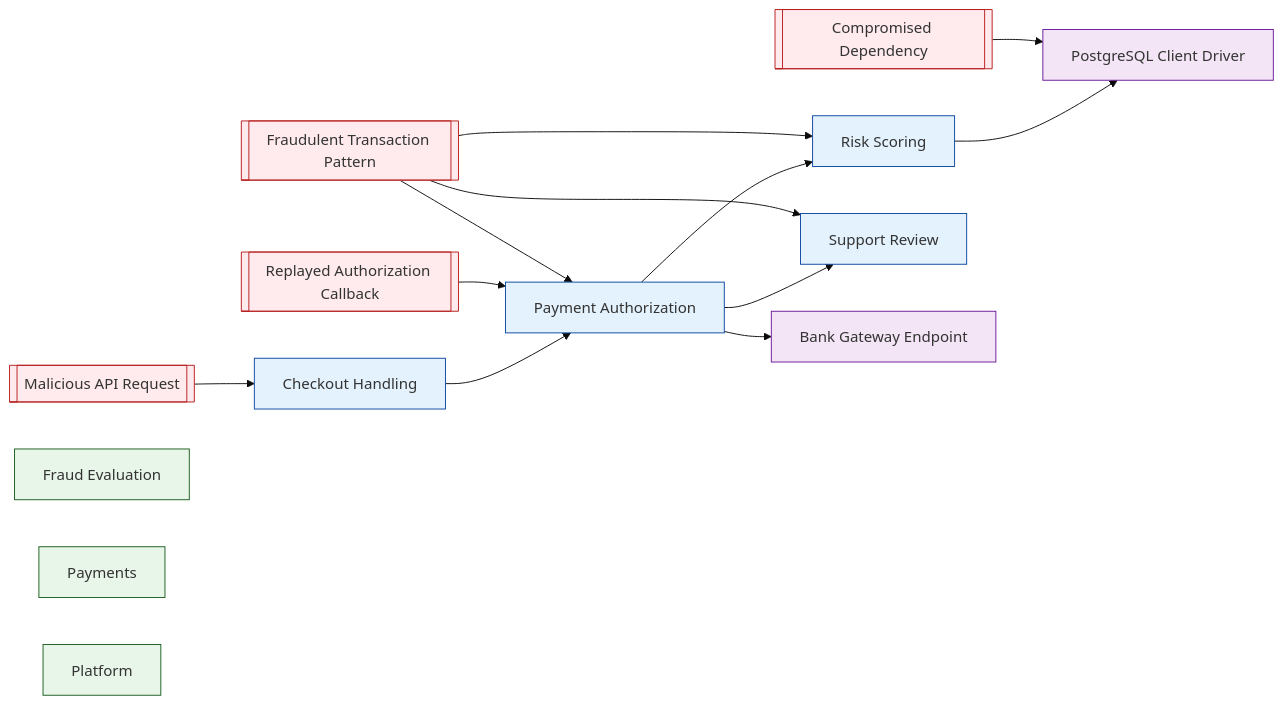
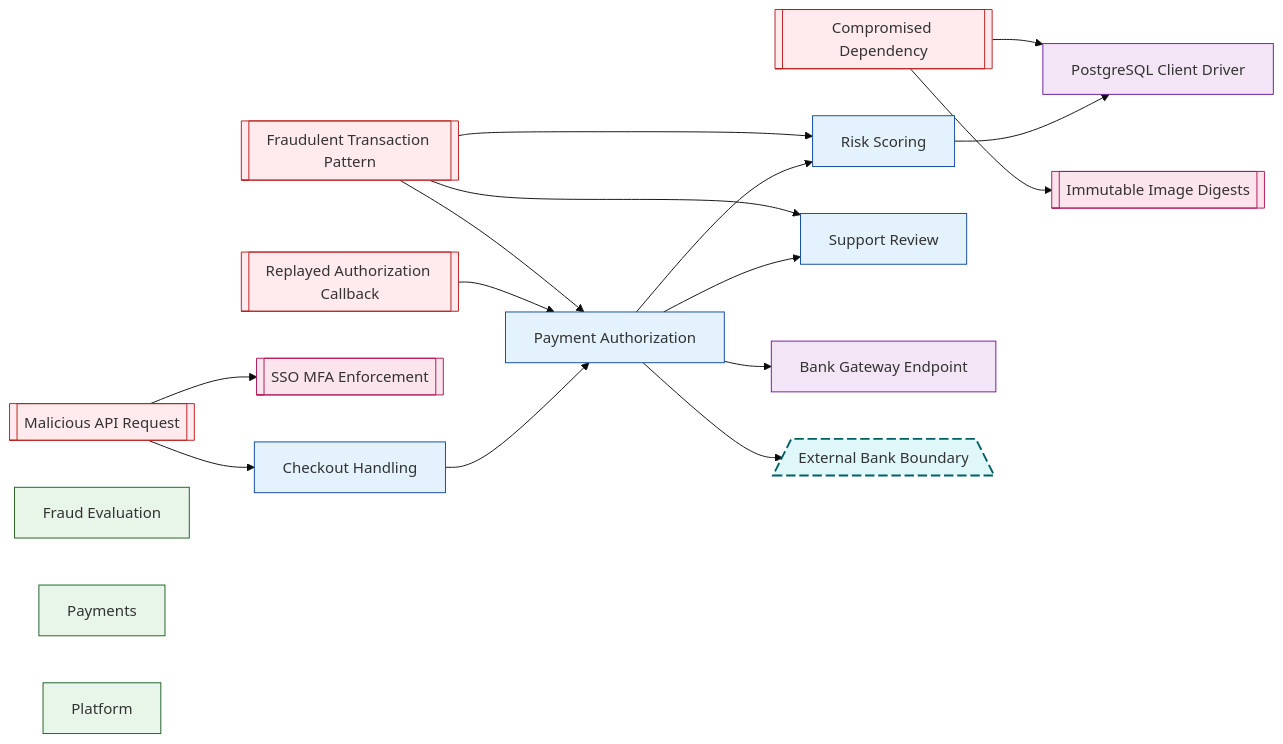
One commit to labeth/engineering-model-go changed the diagram in examples/payments-engineering-sample/generated/VIEW-SECURITY.mmd. Above: the diagram before and after it, drawn with Mermaid (base theme). The commit also changed 66 other files, not shown here.

```diff
--- a/examples/payments-engineering-sample/generated/VIEW-SECURITY.mmd
+++ b/examples/payments-engineering-sample/generated/VIEW-SECURITY.mmd
@@ -1,41 +1,47 @@
 flowchart LR
 %% view: VIEW-SECURITY (security)
 N_AV_COMPROMISED_DEPENDENCY[["Compromised Dependency"]]:::attack_vector
 N_AV_FRAUDULENT_TRANSACTION_PATTERN[["Fraudulent Transaction Pattern"]]:::attack_vector
 N_AV_MALICIOUS_API_REQUEST[["Malicious API Request"]]:::attack_vector
 N_AV_REPLAYED_AUTH_CALLBACK[["Replayed Authorization Callback"]]:::attack_vector
+N_CTRL_PAYMENTS_IMAGE_DIGEST[["Immutable Image Digests"]]:::control
+N_CTRL_PAYMENTS_SSO_MFA[["SSO MFA Enforcement"]]:::control
 N_FG_FRAUD["Fraud Evaluation"]:::functional_group
 N_FG_PAYMENTS["Payments"]:::functional_group
 N_FG_PLATFORM["Platform"]:::functional_group
 N_FU_CHECKOUT["Checkout Handling"]:::functional_unit
 N_FU_PAYMENT_AUTHORIZATION["Payment Authorization"]:::functional_unit
 N_FU_RISK_SCORING["Risk Scoring"]:::functional_unit
 N_FU_SUPPORT_REVIEW["Support Review"]:::functional_unit
 N_REF_BANK_GATEWAY_ENDPOINT["Bank Gateway Endpoint"]:::referenced_element
 N_REF_POSTGRES_DRIVER["PostgreSQL Client Driver"]:::referenced_element
+N_TB_PAYMENTS_EXTERNAL_BANK[/"External Bank Boundary"\]:::trust_boundary
+N_AV_COMPROMISED_DEPENDENCY --> N_CTRL_PAYMENTS_IMAGE_DIGEST
 N_AV_COMPROMISED_DEPENDENCY --> N_REF_POSTGRES_DRIVER
 N_AV_FRAUDULENT_TRANSACTION_PATTERN --> N_FU_PAYMENT_AUTHORIZATION
 N_AV_FRAUDULENT_TRANSACTION_PATTERN --> N_FU_RISK_SCORING
 N_AV_FRAUDULENT_TRANSACTION_PATTERN --> N_FU_SUPPORT_REVIEW
+N_AV_MALICIOUS_API_REQUEST --> N_CTRL_PAYMENTS_SSO_MFA
 N_AV_MALICIOUS_API_REQUEST --> N_FU_CHECKOUT
 N_AV_REPLAYED_AUTH_CALLBACK --> N_FU_PAYMENT_AUTHORIZATION
 N_FU_CHECKOUT --> N_FU_PAYMENT_AUTHORIZATION
 N_FU_PAYMENT_AUTHORIZATION --> N_FU_RISK_SCORING
 N_FU_PAYMENT_AUTHORIZATION --> N_FU_SUPPORT_REVIEW
 N_FU_PAYMENT_AUTHORIZATION --> N_REF_BANK_GATEWAY_ENDPOINT
+N_FU_PAYMENT_AUTHORIZATION --> N_TB_PAYMENTS_EXTERNAL_BANK
 N_FU_RISK_SCORING --> N_REF_POSTGRES_DRIVER
 classDef functional_group fill:#e8f5e9,stroke:#1b5e20,stroke-width:1px;
 classDef functional_unit fill:#e3f2fd,stroke:#0d47a1,stroke-width:1px;
 classDef actor fill:#fff8e1,stroke:#ef6c00,stroke-width:1px;
 classDef attack_vector fill:#ffebee,stroke:#b71c1c,stroke-width:1px;
 classDef referenced_element fill:#f3e5f5,stroke:#6a1b9a,stroke-width:1px;
-classDef interface fill:#e8f5e9,stroke:#2e7d32,stroke-width:1px;
-classDef data_object fill:#fff3e0,stroke:#ef6c00,stroke-width:1px;
+classDef interface fill:#e8f5e9,stroke:#2e7d32,stroke-width:2px,stroke-dasharray: 6 3;
+classDef data_object fill:#fff3e0,stroke:#ef6c00,stroke-width:2px,stroke-dasharray: 2 2;
 classDef deployment_target fill:#ede7f6,stroke:#5e35b1,stroke-width:1px;
 classDef control fill:#fce4ec,stroke:#ad1457,stroke-width:1px;
-classDef trust_boundary fill:#e0f7fa,stroke:#006064,stroke-width:1px;
+classDef trust_boundary fill:#e0f7fa,stroke:#006064,stroke-width:2px,stroke-dasharray: 10 4;
 classDef state fill:#e1f5fe,stroke:#0277bd,stroke-width:1px;
 classDef event fill:#fffde7,stroke:#f9a825,stroke-width:1px;
-classDef flow fill:#ede7f6,stroke:#4527a0,stroke-width:1px;
-classDef flow_step fill:#f1f8e9,stroke:#33691e,stroke-width:1px;
+classDef flow fill:#ede7f6,stroke:#4527a0,stroke-width:2px;
+classDef flow_step fill:#f1f8e9,stroke:#33691e,stroke-width:2px;
 classDef unknown fill:#ffffff,stroke:#adb5bd,stroke-width:1px;
```
